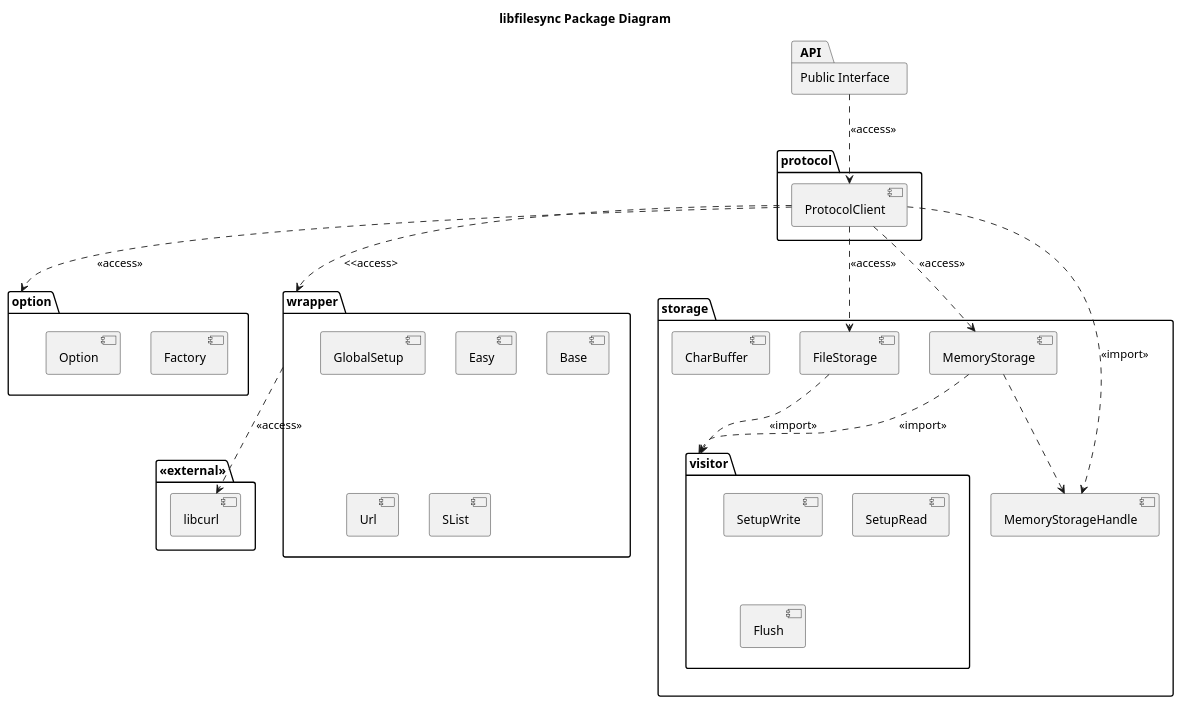
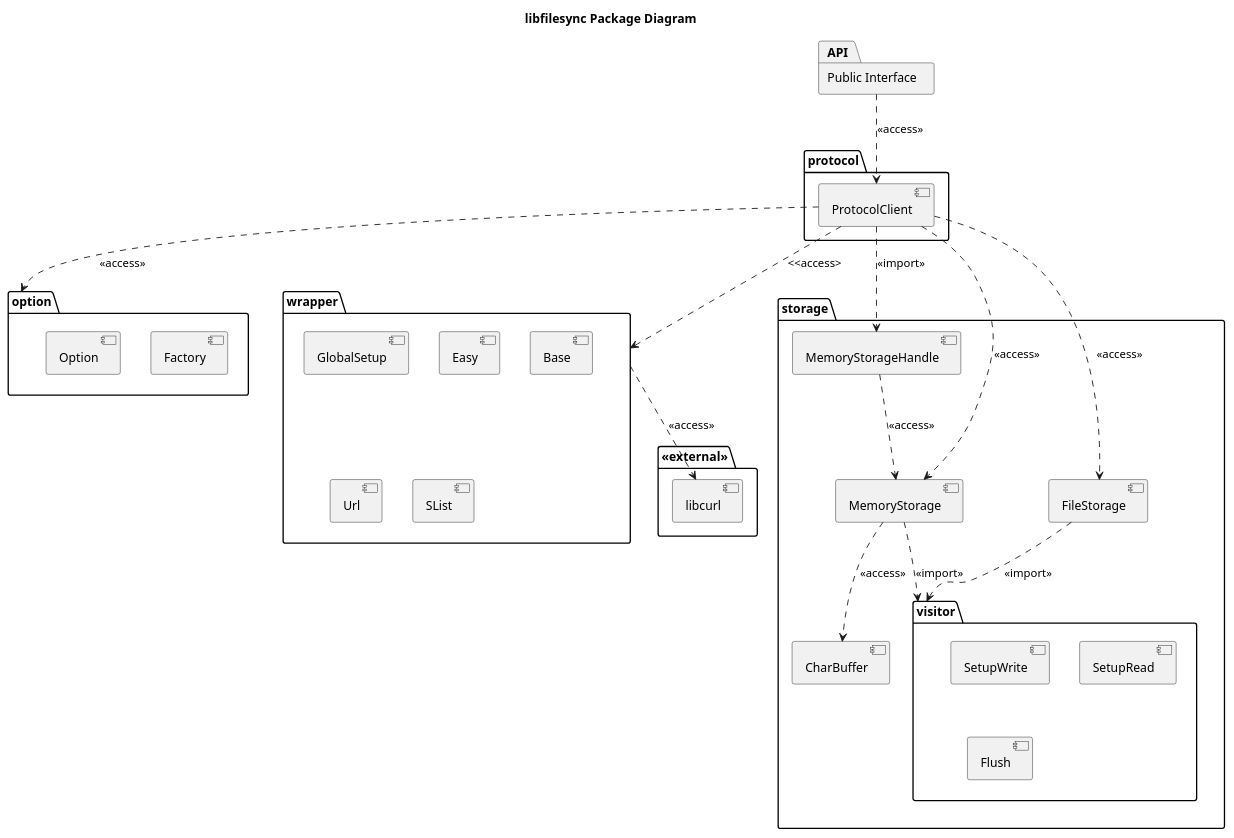
The diagram in libotocurl/doc/package.puml (kfpgk/libotocurl), drawn with PlantUML before and after one commit.

Commit message:
Fix relationshipts between MemoryStorage and its handle in package diagram

```diff
--- a/libotocurl/doc/package.puml
+++ b/libotocurl/doc/package.puml
@@ -1,55 +1,57 @@
 @startuml libfilesync-package
 
 title libfilesync Package Diagram
 
 package "Public Interface" as API
 
 package "protocol" {
     [ProtocolClient]
 }
 
 package "option" {
     [Factory]
     [Option]
 }
 
 package "wrapper" {
     [GlobalSetup]
     [Easy]
     [Base]
     [Url]
     [SList]
 }
 
 package "storage" {
     [FileStorage]
     [MemoryStorage]
     [MemoryStorageHandle]
     [CharBuffer]
     package "visitor" {
         [SetupWrite]
         [SetupRead]
         [Flush]
     }
 }
 
 package "<<external>>" {
     [libcurl]
 }
 
 API ..> ProtocolClient : <<access>>
 
 ProtocolClient ..> FileStorage : <<access>>
 ProtocolClient ..> MemoryStorage : <<access>>
 ProtocolClient ..> MemoryStorageHandle : <<import>>
 
 ProtocolClient ..> option : <<access>>
 ProtocolClient ..> wrapper : <<access>
 
 FileStorage ..> visitor : <<import>>
 MemoryStorage ..> visitor : <<import>>
-MemoryStorage ..> MemoryStorageHandle
+MemoryStorage ..> CharBuffer : <<access>>
+
+MemoryStorageHandle ..> MemoryStorage : <<access>>
 
 wrapper ..> libcurl : <<access>>
 
 @enduml
```
